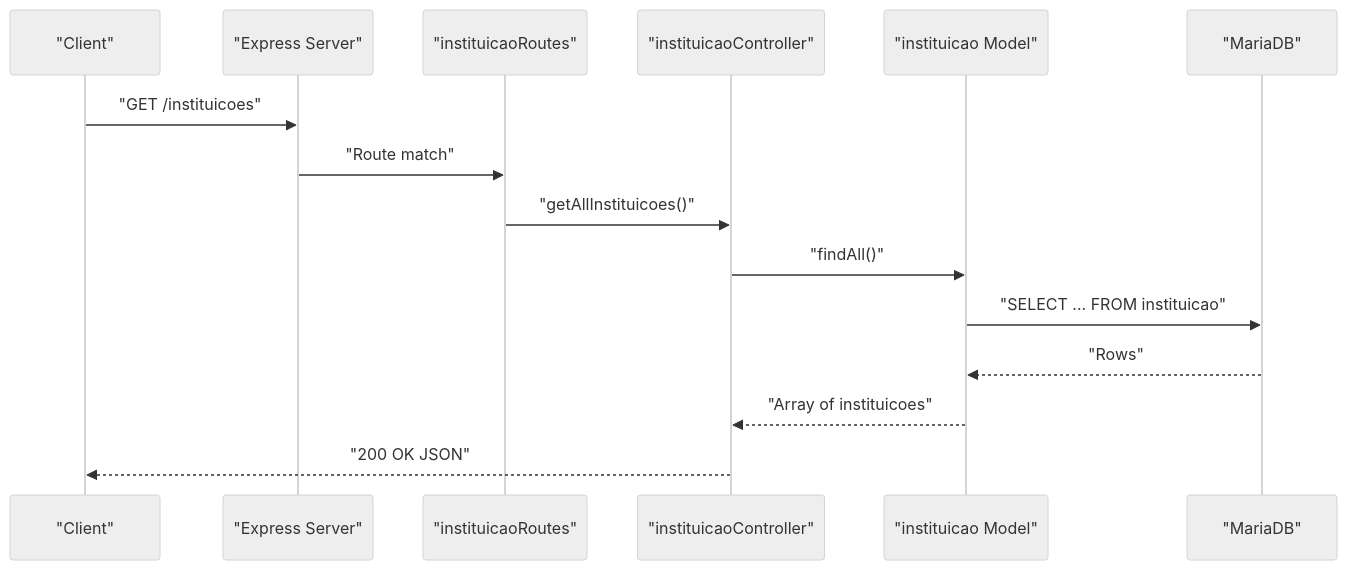
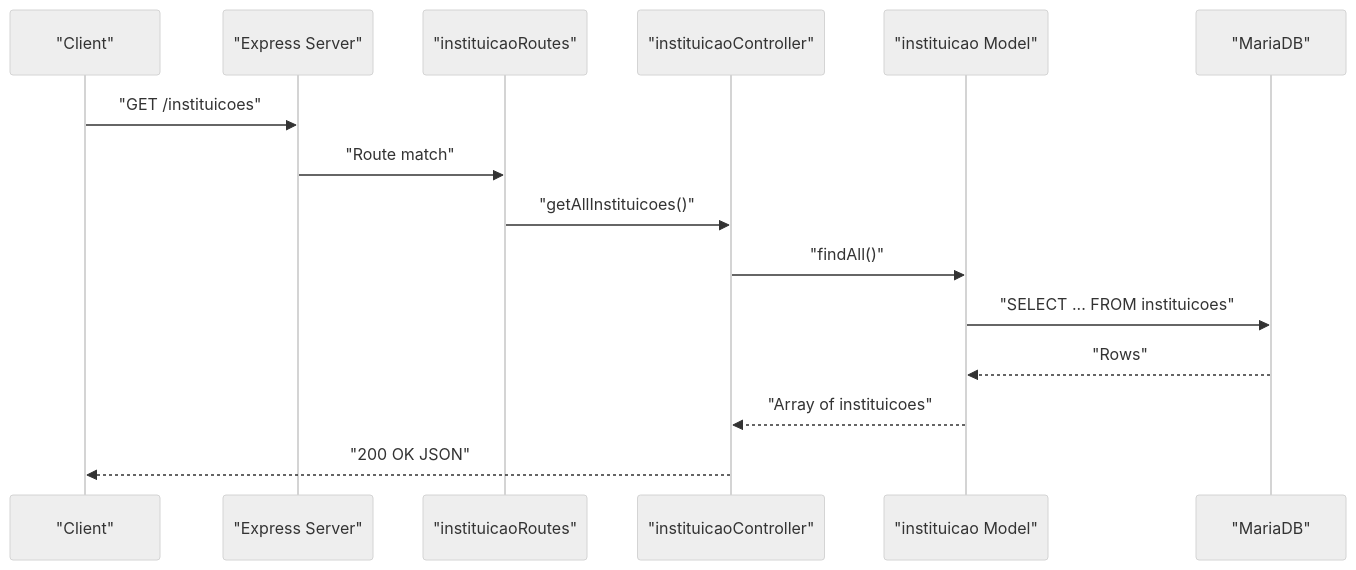
Before and after one commit to luiseduacosta/nodemural: the second of 3 diagrams in .qoder/repowiki/en/content/API Reference/Internship Management APIs.md, drawn with Mermaid (neutral theme). The commit also changed other lines of this file and 27 other files, not shown here.

````diff
--- a/.qoder/repowiki/en/content/API Reference/Internship Management APIs.md
+++ b/.qoder/repowiki/en/content/API Reference/Internship Management APIs.md
@@ -121,17 +136,17 @@
 ```mermaid
 sequenceDiagram
 participant C as "Client"
 participant SRV as "Express Server"
-participant ER as "instituicaoRoutes"
-participant EC as "instituicaoController"
-participant EM as "instituicao Model"
+participant IR as "instituicaoRoutes"
+participant IC as "instituicaoController"
+participant IM as "instituicao Model"
 participant DB as "MariaDB"
 C->>SRV : "GET /instituicoes"
-SRV->>ER : "Route match"
-ER->>EC : "getAllInstituicoes()"
-EC->>EM : "findAll()"
-EM->>DB : "SELECT ... FROM instituicao"
-DB-->>EM : "Rows"
-EM-->>EC : "Array of instituicoes"
-EC-->>C : "200 OK JSON"
+SRV->>IR : "Route match"
+IR->>IC : "getAllInstituicoes()"
+IC->>IM : "findAll()"
+IM->>DB : "SELECT ... FROM instituicoes"
+DB-->>IM : "Rows"
+IM-->>IC : "Array of instituicoes"
+IC-->>C : "200 OK JSON"
 ```
````
